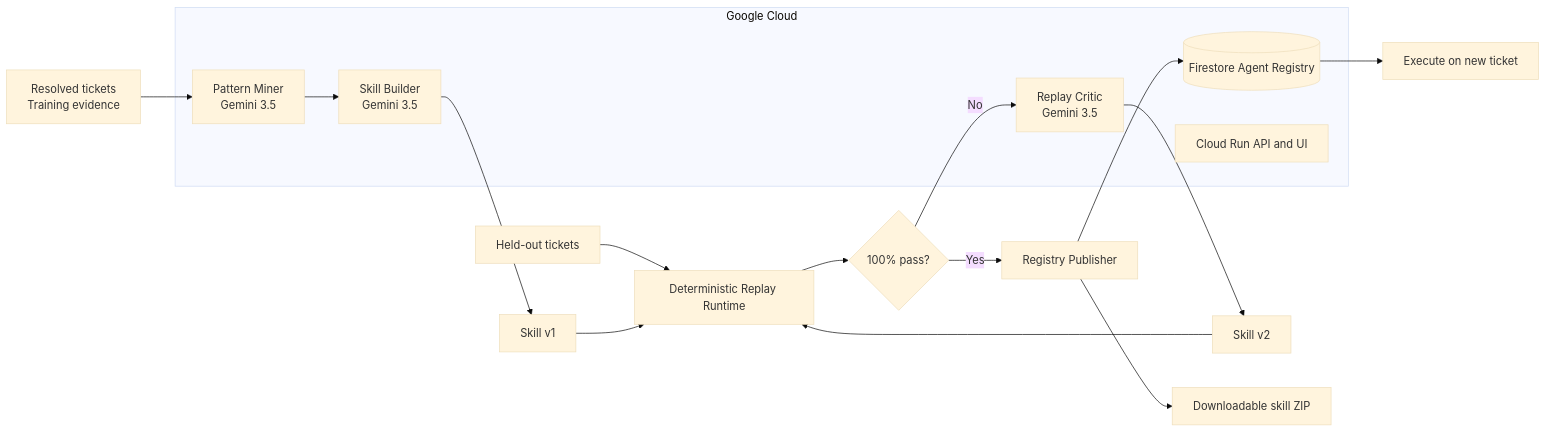
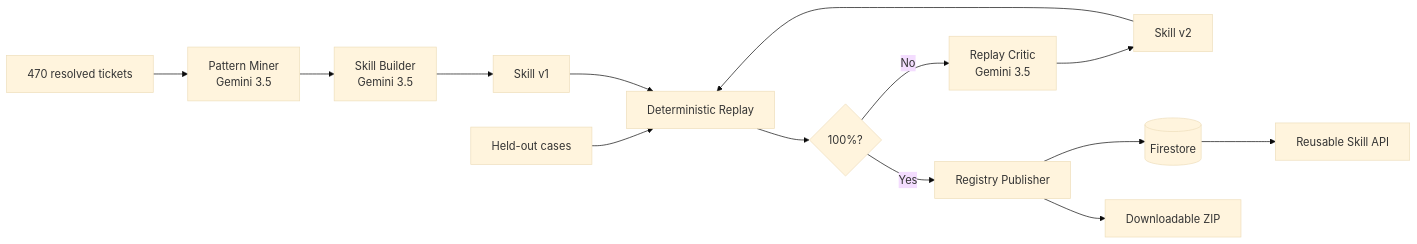
One commit to alexzerg/ticket2skill changed the diagram in README.md. Above: the diagram before and after it, drawn with Mermaid (base theme). The commit also changed other lines of this file and 12 other files, not shown here.

````diff
--- a/README.md
+++ b/README.md
@@ -46,24 +105,16 @@
 ```mermaid
 flowchart LR
-    A[Resolved tickets\nTraining evidence] --> B[Pattern Miner\nGemini 3.5]
+    A[470 resolved tickets] --> B[Pattern Miner\nGemini 3.5]
     B --> C[Skill Builder\nGemini 3.5]
     C --> D[Skill v1]
-    E[Held-out tickets] --> F[Deterministic Replay Runtime]
+    E[Held-out cases] --> F[Deterministic Replay]
     D --> F
-    F --> G{100% pass?}
+    F --> G{100%?}
     G -- No --> H[Replay Critic\nGemini 3.5]
     H --> I[Skill v2]
     I --> F
     G -- Yes --> J[Registry Publisher]
-    J --> K[(Firestore Agent Registry)]
-    J --> L[Downloadable skill ZIP]
-    K --> M[Execute on new ticket]
-
-    subgraph Google Cloud
-      B
-      C
-      H
-      K
-      N[Cloud Run API and UI]
-    end
+    J --> K[(Firestore)]
+    J --> L[Downloadable ZIP]
+    K --> M[Reusable Skill API]
 ```
````
